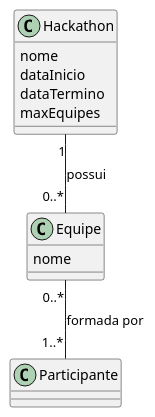
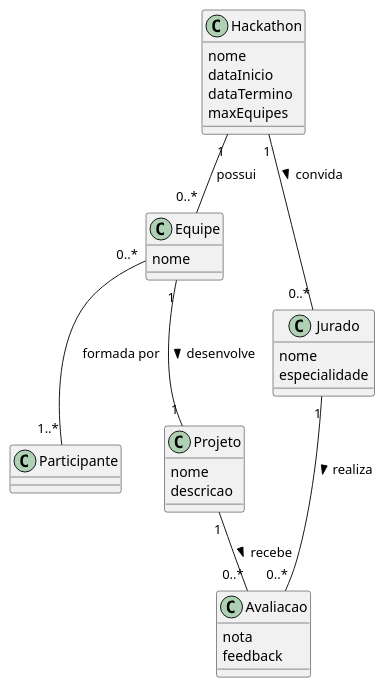
The diagram in diagramas/classes.puml (papatrock/es-hackathon), drawn with PlantUML before and after one commit. The commit also changed 4 other files, not shown here.

Commit message:
docs: atualiza diagrama de casos de uso e de classe e adiciona diagramas de sequência (US06, US07, US08)

```diff
--- a/diagramas/classes.puml
+++ b/diagramas/classes.puml
@@ -1,19 +1,39 @@
-@startuml
+@startuml Diagrama de Classes Conceituais
 
 class Hackathon {
     nome
     dataInicio
     dataTermino
     maxEquipes
 }
 
 class Equipe {
     nome
 }
 
 class Participante
 
+class Projeto {
+    nome
+    descricao
+}
+
+class Jurado {
+    nome
+    especialidade
+}
+
+class Avaliacao {
+    nota
+    feedback
+}
+
 Hackathon "1" -- "0..*" Equipe : possui
 Equipe "0..*" -- "1..*" Participante : formada por
 
+Equipe "1" -- "1" Projeto : desenvolve >
+Jurado "1" -- "0..*" Avaliacao : realiza >
+Projeto "1" -- "0..*" Avaliacao : recebe >
+Hackathon "1" -- "0..*" Jurado : convida >
+
 @enduml
```
